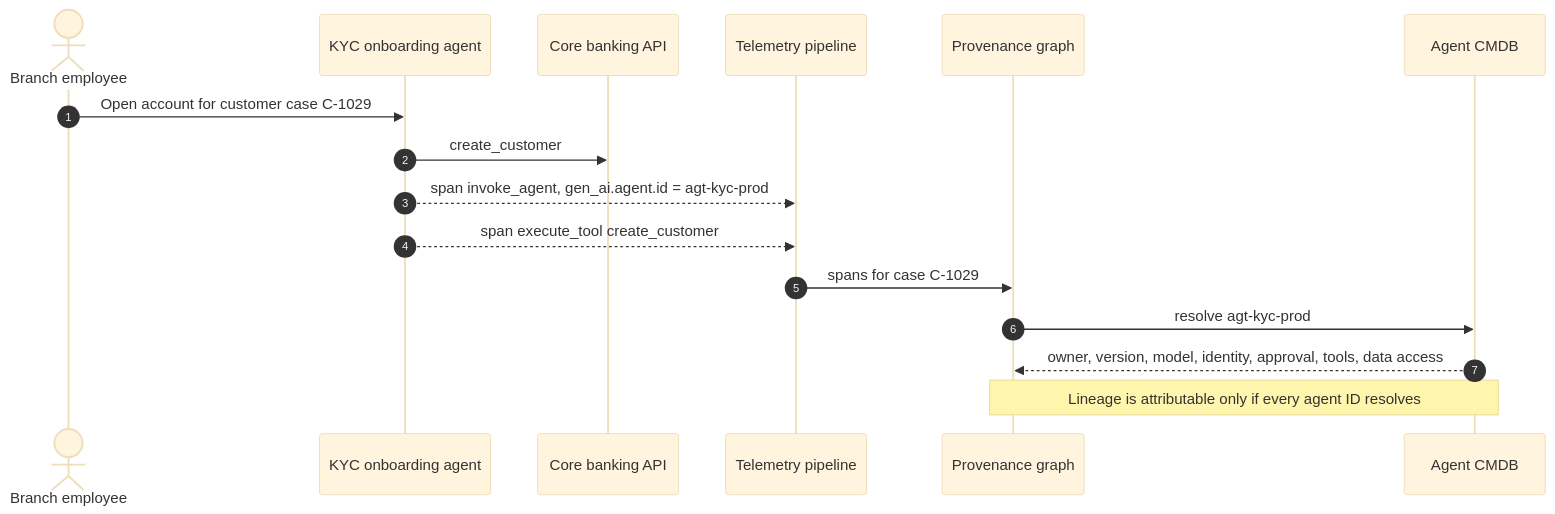
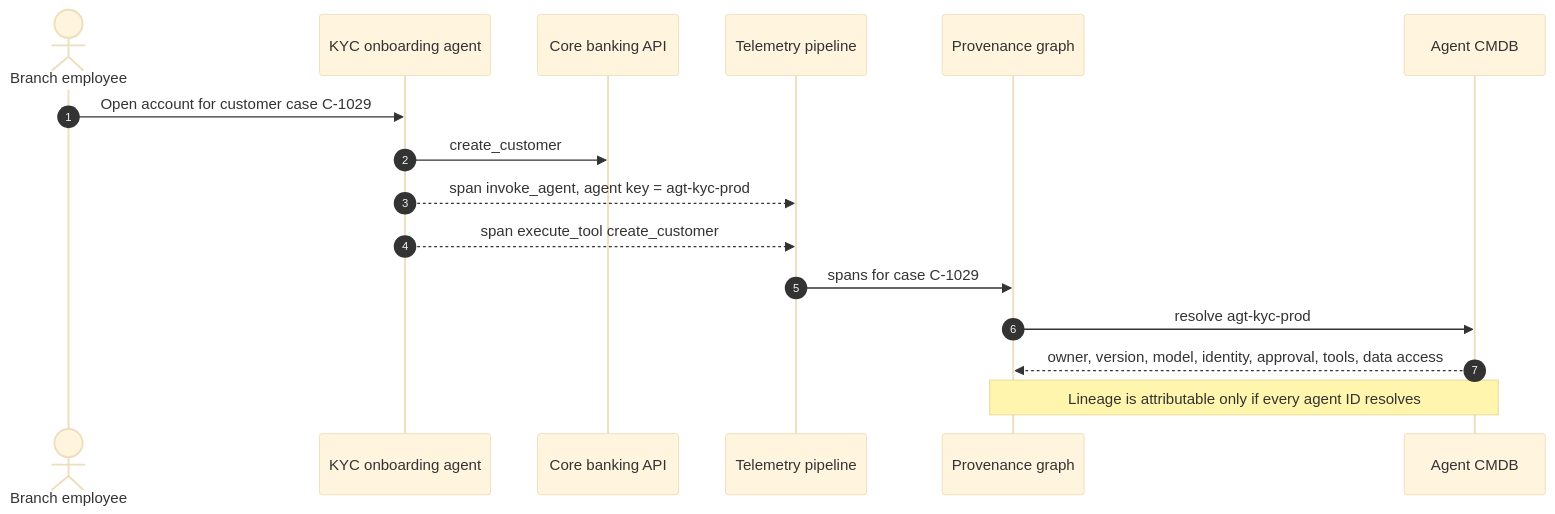
One commit to r0hitpilla/Agentic-AI changed the first of 3 diagrams in docs/01-why-inventory.md. Above: the diagram before and after it, drawn with Mermaid (base theme). The commit also changed other lines of this file and 31 other files, not shown here.

````diff
--- a/docs/01-why-inventory.md
+++ b/docs/01-why-inventory.md
@@ -9,19 +9,19 @@
 ```mermaid
 sequenceDiagram
     autonumber
     actor Emp as Branch employee
     participant KYC as KYC onboarding agent
     participant CBS as Core banking API
     participant OTel as Telemetry pipeline
     participant PROV as Provenance graph
     participant INV as Agent CMDB
 
     Emp->>KYC: Open account for customer case C-1029
     KYC->>CBS: create_customer
-    KYC-->>OTel: span invoke_agent, gen_ai.agent.id = agt-kyc-prod
+    KYC-->>OTel: span invoke_agent, agent key = agt-kyc-prod
     KYC-->>OTel: span execute_tool create_customer
     OTel->>PROV: spans for case C-1029
     PROV->>INV: resolve agt-kyc-prod
     INV-->>PROV: owner, version, model, identity, approval, tools, data access
     Note over PROV,INV: Lineage is attributable only if every agent ID resolves
 ```
````
